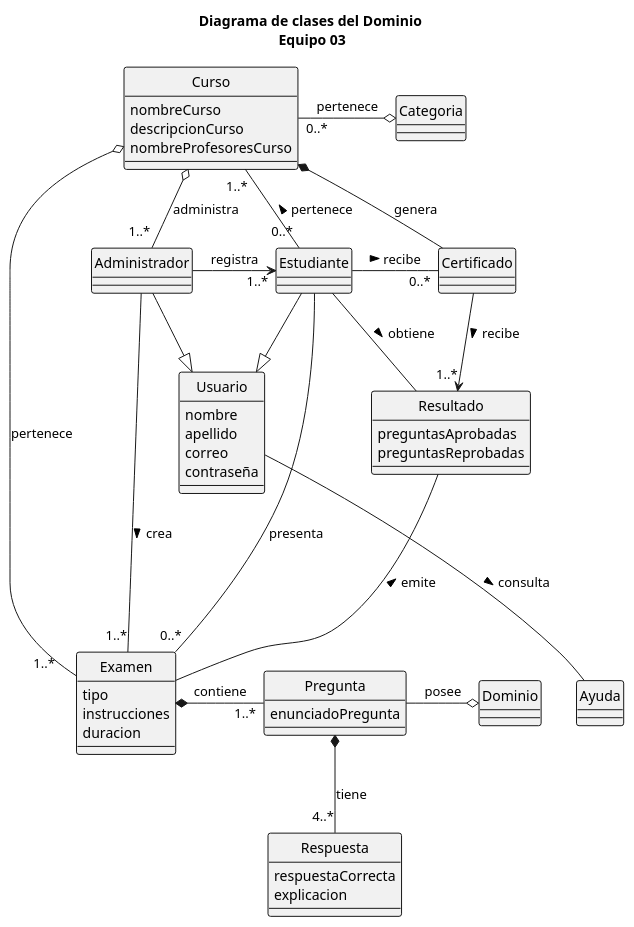
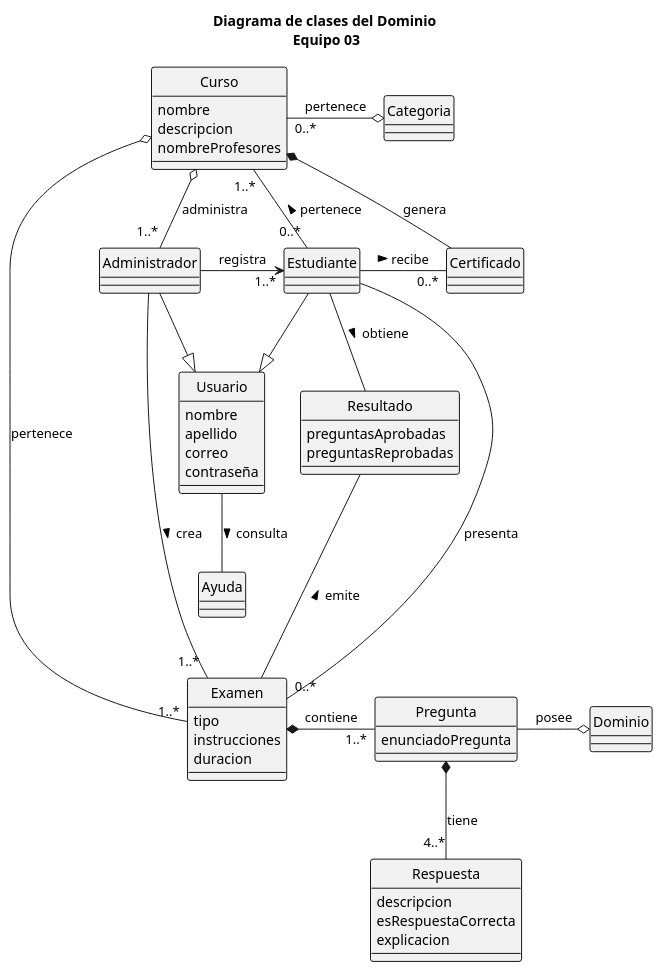
The diagram in docs/scenariosView/diagramaClasesDominio.plantuml (febres35/EdTech_IS), drawn with PlantUML before and after one commit. The commit also changed 1 other file, not shown here.

```diff
--- a/docs/scenariosView/diagramaClasesDominio.plantuml
+++ b/docs/scenariosView/diagramaClasesDominio.plantuml
@@ -1,76 +1,76 @@
 @startuml "Diagrama de clases"
 
 title "Diagrama de clases del Dominio\n Equipo 03"
 
 skinparam ClassBorderThickness 1
 skinparam style strictuml
 
 class Usuario{
   nombre
   apellido
   correo
   contraseña 
 }
 class Administrador
 
 class Estudiante{
 }
 
 class Ayuda
 
 class Curso{
-  nombreCurso
-  descripcionCurso
-  nombreProfesoresCurso
+  nombre
+  descripcion
+  nombreProfesores
 }
 class Categoria
 
 class Examen{
   tipo
   instrucciones
   duracion
 }
 class Resultado{
   preguntasAprobadas
   preguntasReprobadas
 }
 
 class Pregunta{
   enunciadoPregunta
 }
 
 class Dominio
 
 class Respuesta{
-  respuestaCorrecta
+  descripcion
+  esRespuestaCorrecta
   explicacion
 }
 class Certificado{
 }
 
-Usuario <|-left- Administrador
+Usuario <|-up- Administrador
 Usuario <|-up- Estudiante
-Usuario -down-- Ayuda: > consulta
+Usuario -down- Ayuda: > consulta
 
-Administrador -- "1..*"Examen: > crea
+Administrador -- "1..* "Examen: > crea
 Administrador -right-> "     1..*"Estudiante: registra
 Administrador "    1..*"-up-o Curso: administra
 
 Estudiante "0..*"-right-"    1..*"Curso: > pertenece
 Estudiante -right- "0..*"Examen: presenta
 Estudiante -right- "0..*"Certificado: > recibe
-Estudiante -right- Resultado: > obtiene
+Estudiante -- Resultado: > obtiene
 
 Examen *-right- "1..*"Pregunta: contiene
 Examen -up-- Resultado: > emite
 
 Pregunta *-down- "4..*" Respuesta: tiene
 Pregunta -right-o Dominio: posee
 
 Curso "0..*" -right-o Categoria: pertenece
-Curso o----- "1..*    "Examen: pertenece
+Curso o----- "1..*"Examen: pertenece
 Curso *- Certificado: genera
 
-Certificado --> "1..*"Resultado: recibe >
 
 @enduml
```
